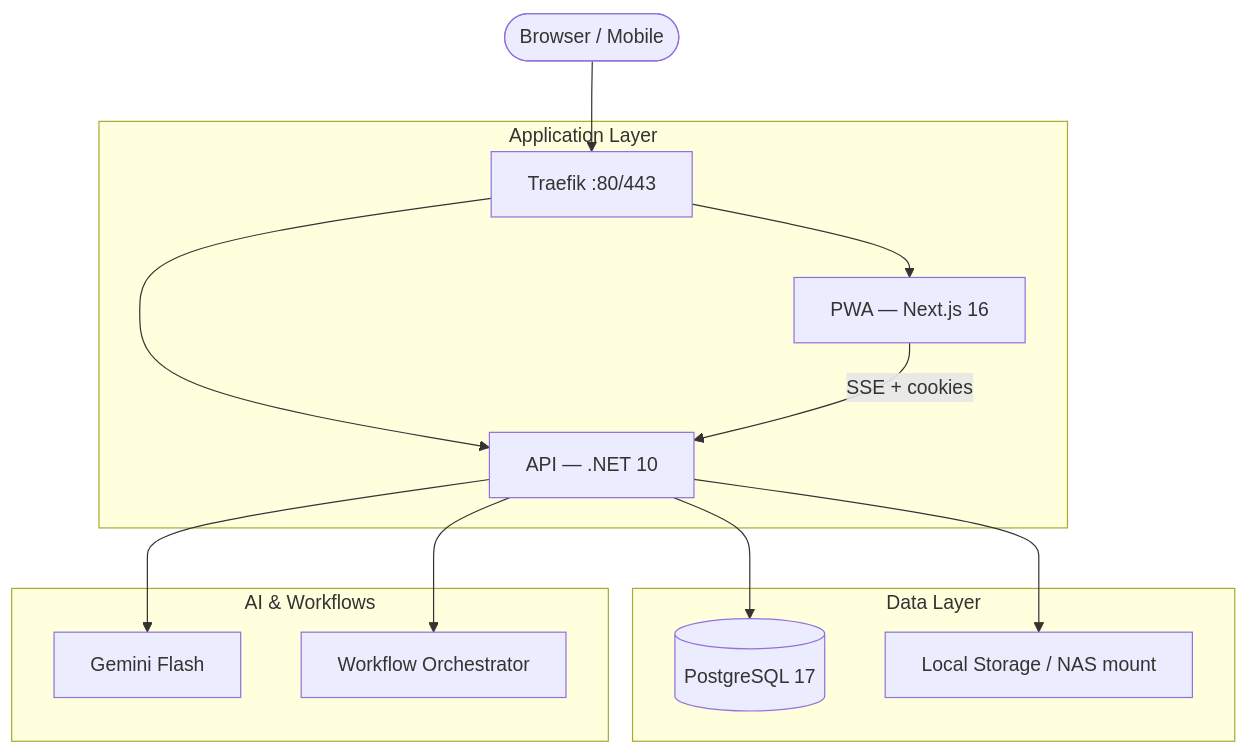
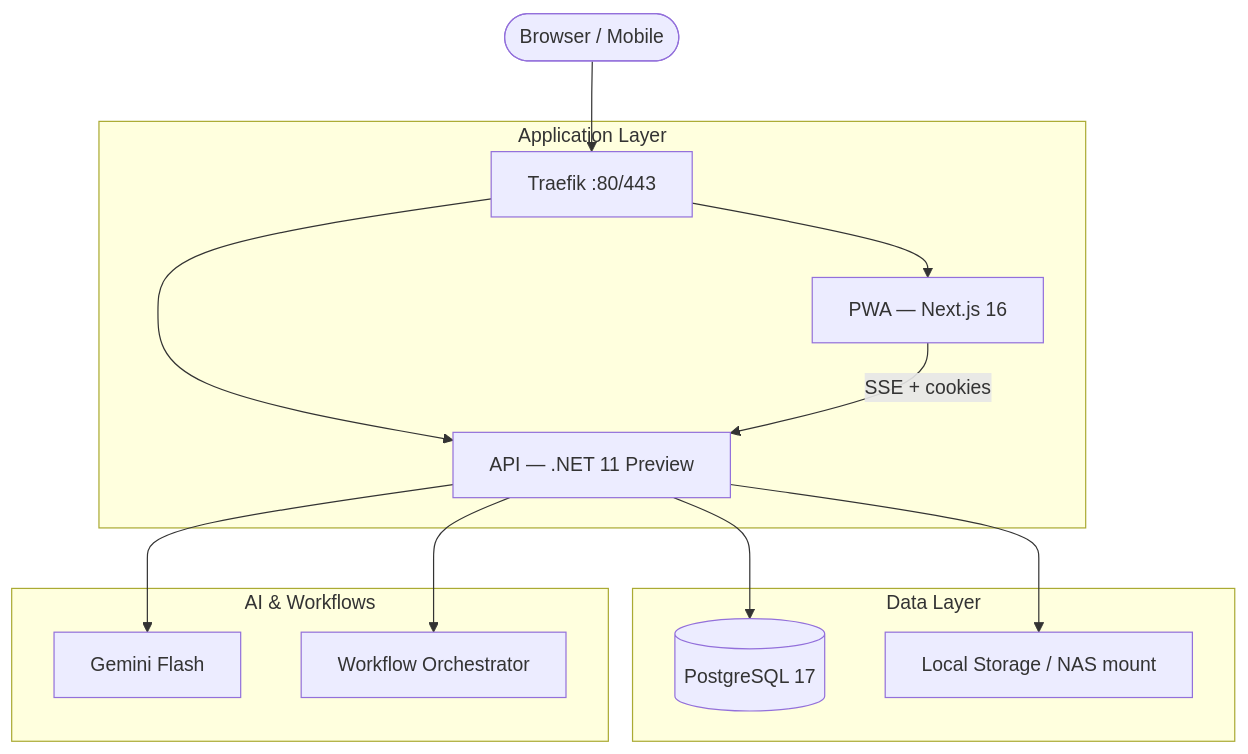
Before and after one commit to AlexandreBrisebois/whats-for-supper: the diagram in README.md, drawn with Mermaid. The commit also changed other lines of this file and 47 other files, not shown here.

First line of the commit message:
feat: Upgrade dependencies and migrate to .NET 11 Preview

````diff
--- a/README.md
+++ b/README.md
@@ -64,21 +64,21 @@
 ```mermaid
 graph TD
     User([Browser / Mobile]) --> Traefik[Traefik :80/443]
 
     subgraph "Application Layer"
         Traefik --> PWA[PWA — Next.js 16]
-        Traefik --> API[API — .NET 10]
+        Traefik --> API[API — .NET 11 Preview]
     end
 
     subgraph "Data Layer"
         API --> DB[(PostgreSQL 17)]
         API --> Storage[Local Storage / NAS mount]
     end
 
     subgraph "AI & Workflows"
         API --> Gemini[Gemini Flash]
         API --> Workflow[Workflow Orchestrator]
     end
 
     PWA -- SSE + cookies --> API
 ```
````
